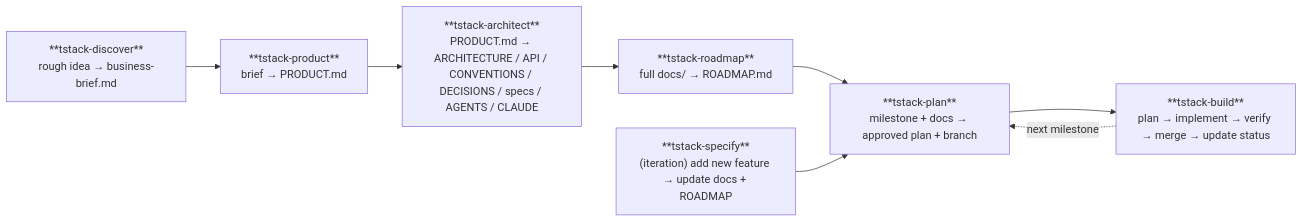
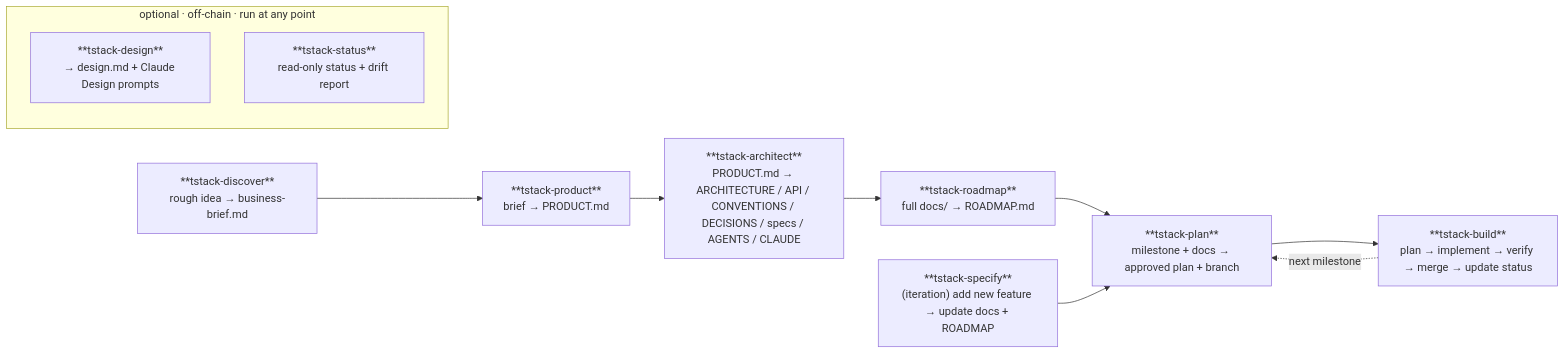
One commit to tatejennings/tstack changed the diagram in README.md. Above: the diagram before and after it, drawn with Mermaid. The commit also changed other lines of this file and 20 other files, not shown here.

````diff
--- a/README.md
+++ b/README.md
@@ -11,13 +11,17 @@
 ```mermaid
 flowchart LR
   A["**tstack-discover**<br/>rough idea → business-brief.md"]
   B["**tstack-product**<br/>brief → PRODUCT.md"]
   C["**tstack-architect**<br/>PRODUCT.md → ARCHITECTURE / API / CONVENTIONS / DECISIONS / specs / AGENTS / CLAUDE"]
   D["**tstack-roadmap**<br/>full docs/ → ROADMAP.md"]
   P["**tstack-plan**<br/>milestone + docs → approved plan + branch"]
   E["**tstack-build**<br/>plan → implement → verify → merge → update status"]
   F["**tstack-specify**<br/>(iteration) add new feature → update docs + ROADMAP"]
   A --> B --> C --> D --> P --> E
   E -.next milestone.-> P
   F --> P
+  subgraph offchain ["optional · off-chain · run at any point"]
+    G["**tstack-design**<br/>→ design.md + Claude Design prompts"]
+    H["**tstack-status**<br/>read-only status + drift report"]
+  end
 ```
````
